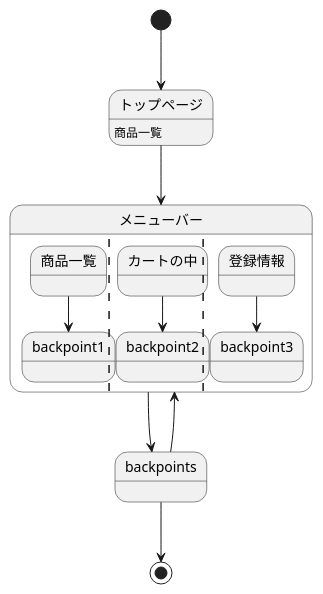
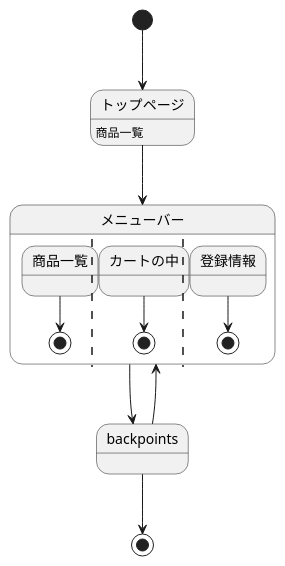
Before and after one commit to Aso2001385/2021sys-design: the diagram in sample/StateMachine.md, drawn with PlantUML.

````diff
--- a/sample/StateMachine.md
+++ b/sample/StateMachine.md
@@ -1,19 +1,19 @@
 ```uml
 @startuml
 
 [*] --> トップページ
 トップページ: 商品一覧
 トップページ --> メニューバー
 state メニューバー {
- 商品一覧 --> backpoint1
+ 商品一覧 --> [*]
  ||
- カートの中 --> backpoint2
+ カートの中 --> [*]
  ||
- 登録情報 --> backpoint3
+ 登録情報 --> [*]
 }
 メニューバー --> backpoints
 backpoints --> メニューバー
 backpoints --> [*]
 
 @enduml
 ```
````
